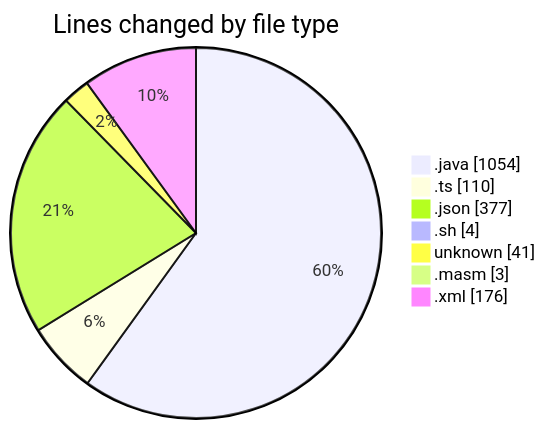
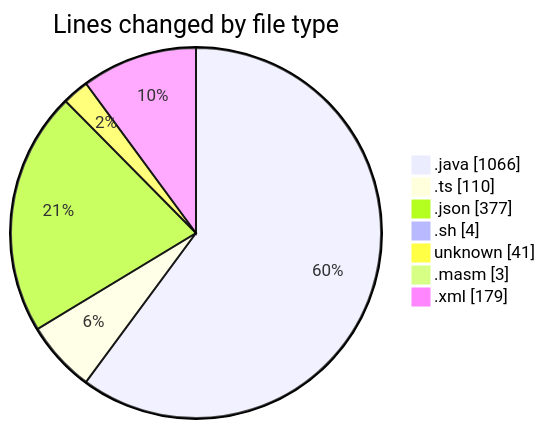
The first of 2 diagrams in 2025-02-20/micros/README.md (charlie-sans/code-tracking), drawn with Mermaid before and after one commit. The commit also changed other lines of this file and 1 other file, not shown here.

````diff
--- a/2025-02-20/micros/README.md
+++ b/2025-02-20/micros/README.md
@@ -34,11 +34,11 @@
 ```mermaid
 pie showData
 title Lines changed by file type
-".java" : 1054
+".java" : 1066
 ".ts" : 110
 ".json" : 377
 ".sh" : 4
 "unknown" : 41
 ".masm" : 3
-".xml" : 176
+".xml" : 179
 ```
````
